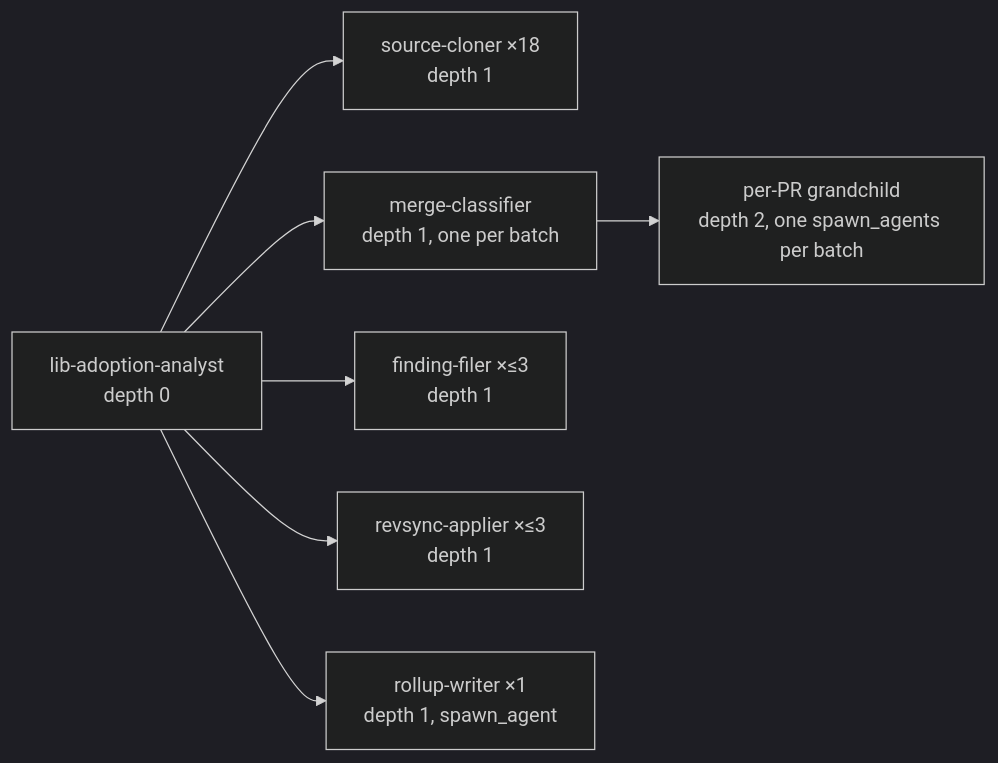
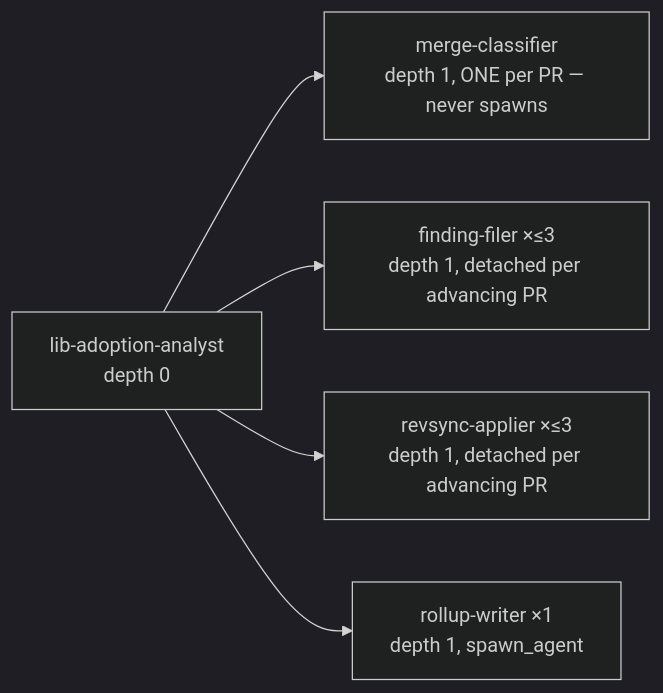
The fourth of 12 diagrams in docs/workflow-diagrams.md (ahmedhosnypro/craft-libs-adoption), drawn with Mermaid (dark theme) before and after one commit. The commit also changed other lines of this file and 3 other files, not shown here.

First line of the commit message:
docs(scan): the diagrams and AGENTS.md describe the per-PR architecture

````diff
--- a/docs/workflow-diagrams.md
+++ b/docs/workflow-diagrams.md
@@ -119,9 +122,7 @@
 ```mermaid
 flowchart LR
-    O["lib-adoption-analyst<br/>depth 0"] --> C["source-cloner ×18<br/>depth 1"]
-    O --> M["merge-classifier<br/>depth 1, one per batch"]
-    M --> G["per-PR grandchild<br/>depth 2, one spawn_agents per batch"]
-    O --> F["finding-filer ×≤3<br/>depth 1"]
-    O --> A["revsync-applier ×≤3<br/>depth 1"]
+    O["lib-adoption-analyst<br/>depth 0"] --> M["merge-classifier<br/>depth 1, ONE per PR — never spawns"]
+    O --> F["finding-filer ×≤3<br/>depth 1, detached per advancing PR"]
+    O --> A["revsync-applier ×≤3<br/>depth 1, detached per advancing PR"]
     O --> R["rollup-writer ×1<br/>depth 1, spawn_agent"]
 ```
````
